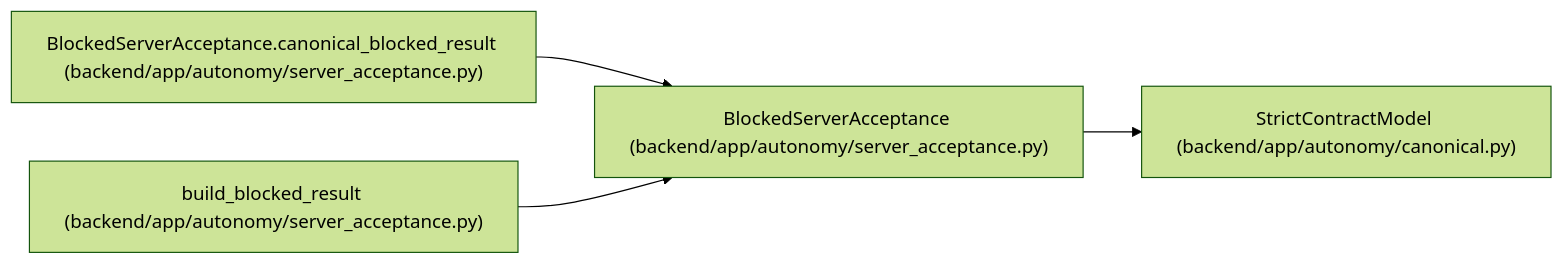
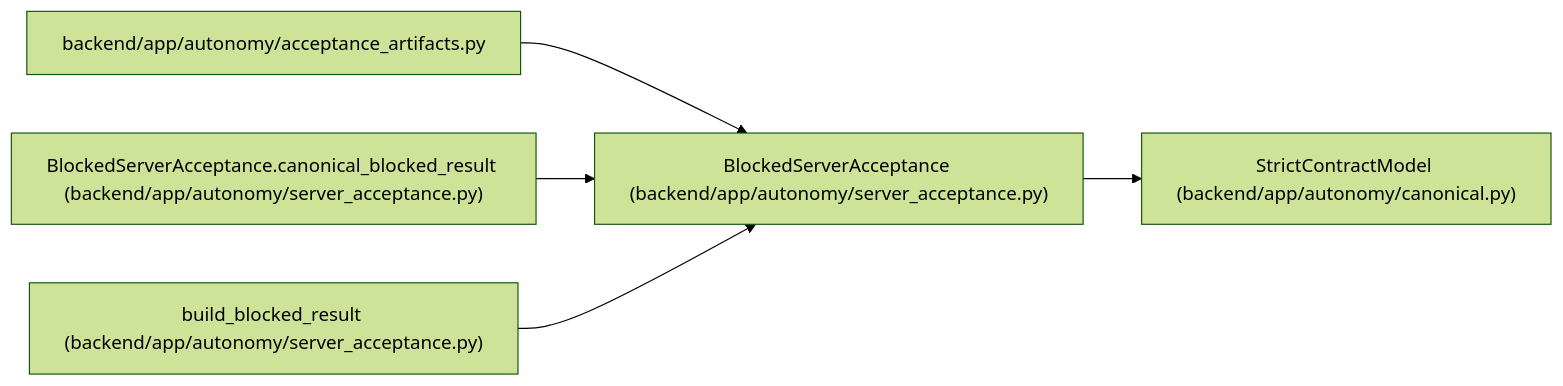
Before and after one commit to Denissvgn/WorkChord: the diagram in docs/llm_wiki/entities/BlockedServerAcceptance.md, drawn with Mermaid (forest theme). The commit also changed other lines of this file and 10148 other files, not shown here.

````diff
--- a/docs/llm_wiki/entities/BlockedServerAcceptance.md
+++ b/docs/llm_wiki/entities/BlockedServerAcceptance.md
@@ -45,14 +45,17 @@
 ```mermaid
 flowchart LR
     n0["BlockedServerAcceptance (backend/app/autonomy/server_acceptance.py)"]
     n1["StrictContractModel (backend/app/autonomy/canonical.py)"]
-    n2["BlockedServerAcceptance.canonical_blocked_result (backend/app/autonomy/server_acceptance.py)"]
-    n3["build_blocked_result (backend/app/autonomy/server_acceptance.py)"]
+    n2["backend/app/autonomy/acceptance_artifacts.py"]
+    n3["BlockedServerAcceptance.canonical_blocked_result (backend/app/autonomy/server_acceptance.py)"]
+    n4["build_blocked_result (backend/app/autonomy/server_acceptance.py)"]
     n0 --> n1
     n2 --> n0
     n3 --> n0
+    n4 --> n0
     click n0 "../modules/autonomy_server_acceptance.md"
     click n1 "../modules/autonomy_canonical.md"
-    click n2 "../modules/autonomy_server_acceptance.md"
+    click n2 "../modules/acceptance_artifacts.md"
     click n3 "../modules/autonomy_server_acceptance.md"
+    click n4 "../modules/autonomy_server_acceptance.md"
 ```
````
